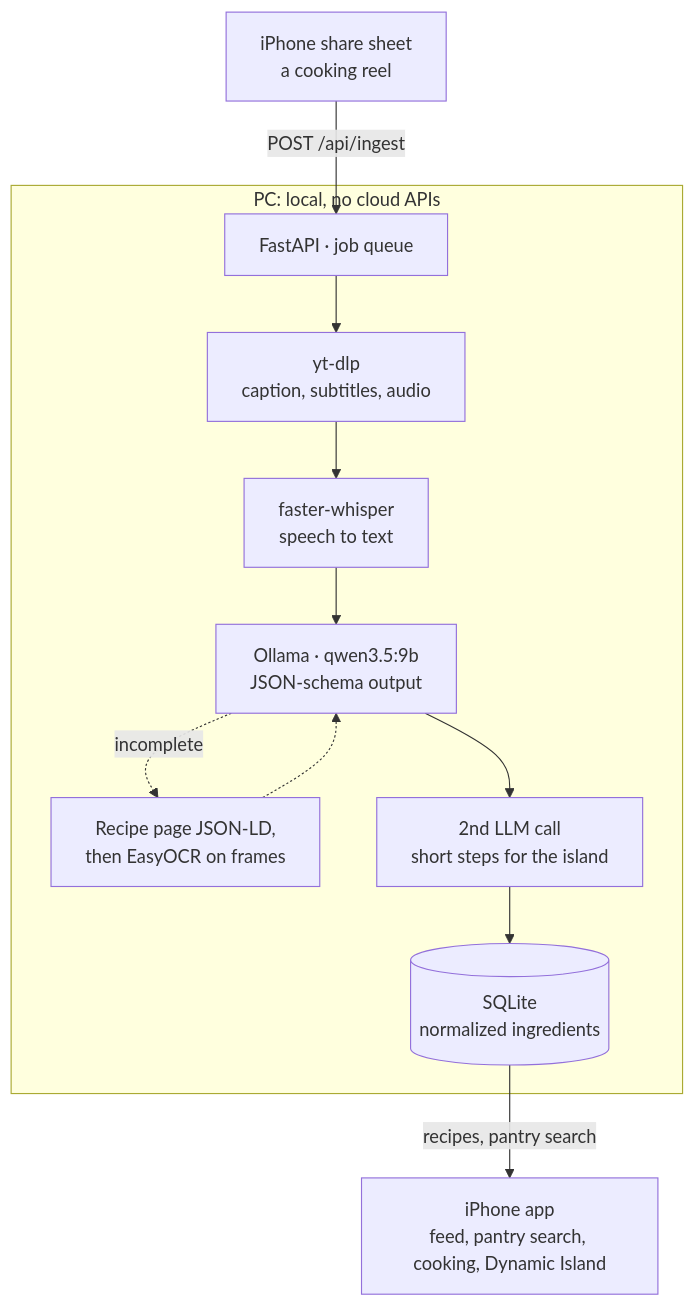
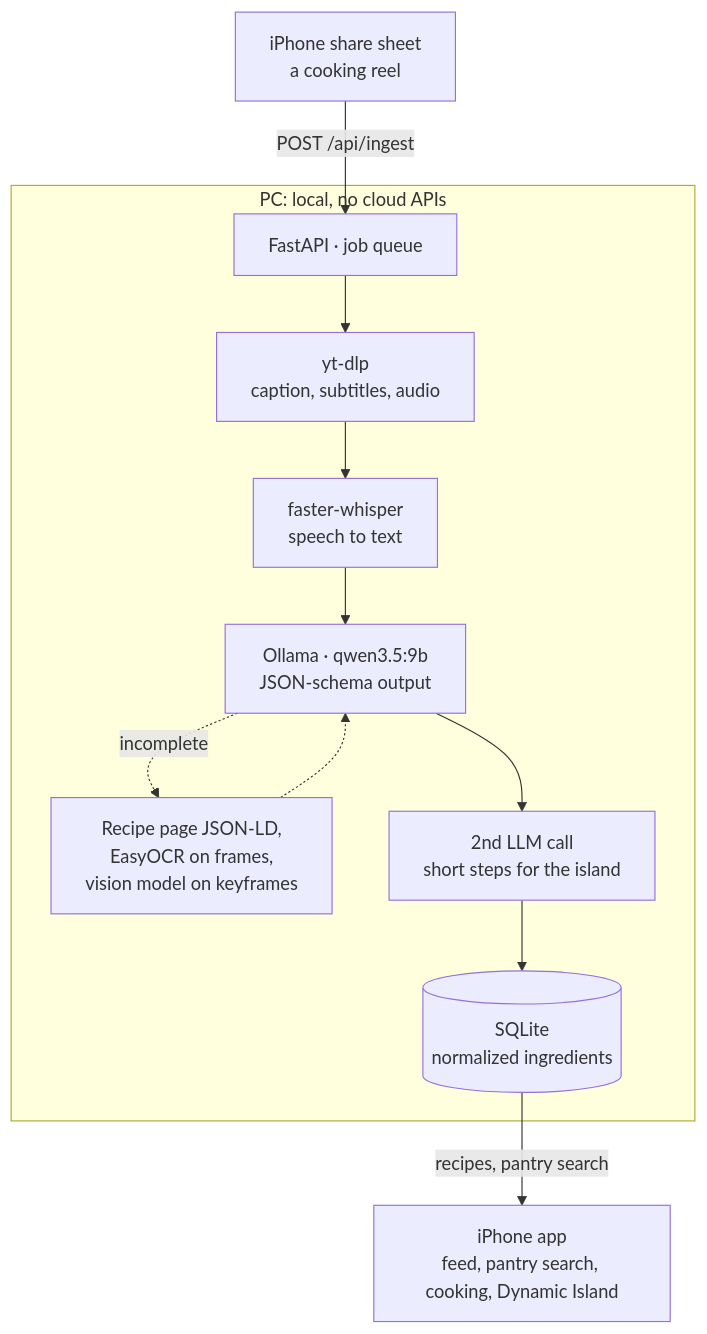
One commit to sshower111/recipe-pantry-app changed the diagram in README.md. Above: the diagram before and after it, drawn with Mermaid. The commit also changed other lines of this file and 17 other files, not shown here.

````diff
--- a/README.md
+++ b/README.md
@@ -48,20 +57,20 @@
 ```mermaid
 flowchart TD
     share["iPhone share sheet<br/>a cooking reel"]
     subgraph pc ["PC: local, no cloud APIs"]
         api["FastAPI · job queue"]
         dl["yt-dlp<br/>caption, subtitles, audio"]
         asr["faster-whisper<br/>speech to text"]
         llm["Ollama · qwen3.5:9b<br/>JSON-schema output"]
-        fb["Recipe page JSON-LD,<br/>then EasyOCR on frames"]
+        fb["Recipe page JSON-LD,<br/>EasyOCR on frames,<br/>vision model on keyframes"]
         short["2nd LLM call<br/>short steps for the island"]
         db[("SQLite<br/>normalized ingredients")]
     end
     app["iPhone app<br/>feed, pantry search, cooking, Dynamic Island"]
     share -- "POST /api/ingest" --> api
     api --> dl --> asr --> llm
     llm -. "incomplete" .-> fb
     fb -.-> llm
     llm --> short --> db
     db -- "recipes, pantry search" --> app
 ```
````
